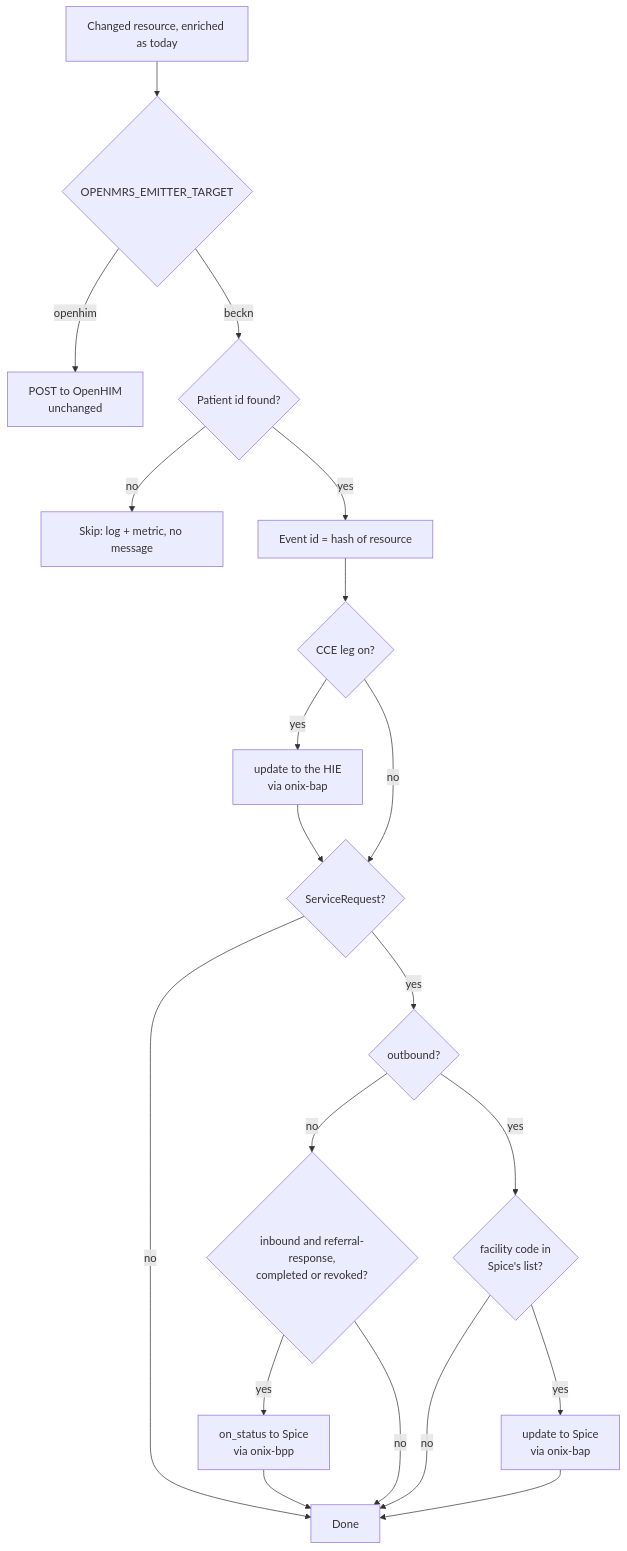
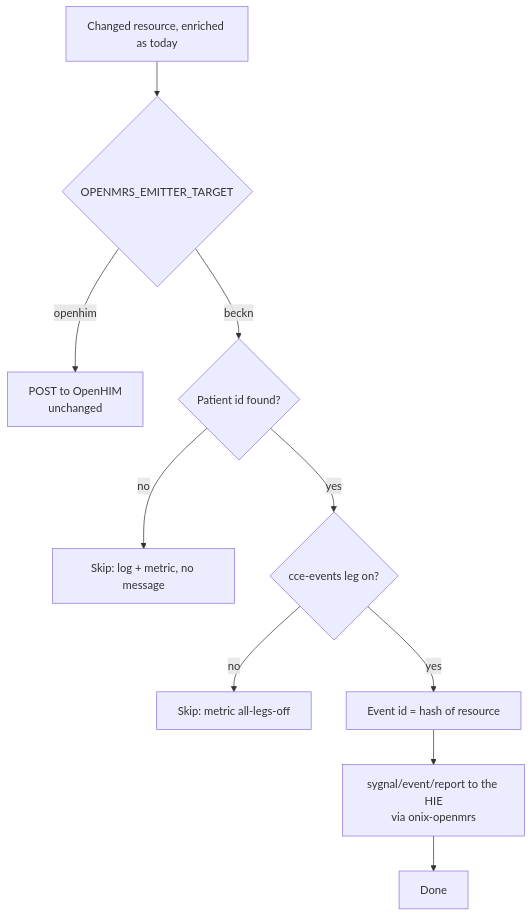
One commit to Jayaprakash8887/openmrs-cce-emitter-adaptor changed the second of 2 diagrams in docs/beckn-integration.md. Above: the diagram before and after it, drawn with Mermaid. The commit also changed other lines of this file and 31 other files, not shown here.

````diff
--- a/docs/beckn-integration.md
+++ b/docs/beckn-integration.md
@@ -236,22 +64,12 @@
 ```mermaid
 flowchart TD
     A[Changed resource, enriched as today] --> M{OPENMRS_EMITTER_TARGET}
     M -- openhim --> OH[POST to OpenHIM<br/>unchanged]
     M -- beckn --> P{Patient id found?}
     P -- no --> F[Skip: log + metric, no message]
-    P -- yes --> ID[Event id = hash of resource]
-    ID --> C{CCE leg on?}
-    C -- yes --> CU[update to the HIE<br/>via onix-bap]
-    C -- no --> K
-    CU --> K{ServiceRequest?}
-    K -- no --> DONE[Done]
-    K -- yes --> OB{outbound?}
-    OB -- no --> RR{inbound and referral-response,<br/>completed or revoked?}
-    RR -- yes --> OS[on_status to Spice<br/>via onix-bpp]
-    RR -- no --> DONE
-    OB -- yes --> FC{facility code in<br/>Spice's list?}
-    FC -- no --> DONE
-    FC -- yes --> SU[update to Spice<br/>via onix-bap]
-    OS --> DONE
-    SU --> DONE
+    P -- yes --> C{cce-events leg on?}
+    C -- no --> F2[Skip: metric all-legs-off]
+    C -- yes --> ID[Event id = hash of resource]
+    ID --> R[sygnal/event/report to the HIE<br/>via onix-openmrs]
+    R --> DONE[Done]
 ```
````
